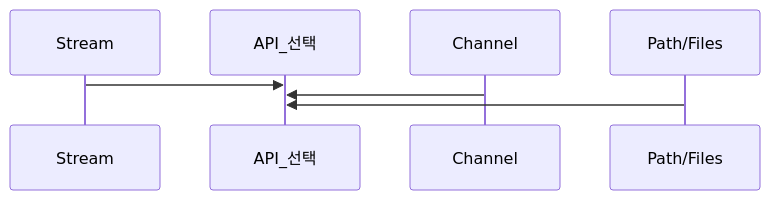
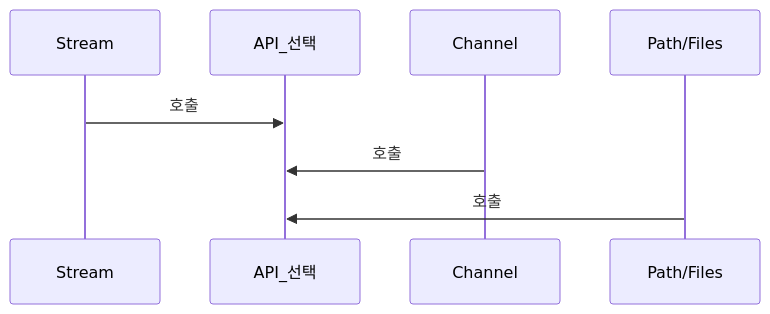
Diagram 11 of 11 in _posts/java/2026-05-01-java-io.md (yjkim2015/yjkim2015.github.io), drawn with Mermaid before and after one commit. The commit also changed other lines of this file and 85 other files, not shown here.

First line of the commit message:
sequenceDiagram 문법 에러 2차 수정 169개 (86파일)

````diff
--- a/_posts/java/2026-05-01-java-io.md
+++ b/_posts/java/2026-05-01-java-io.md
@@ -827,6 +827,6 @@
 ```mermaid
 sequenceDiagram
-    Stream->>API_선택:
-    Channel->>API_선택:
-    Path/Files->>API_선택:
+    Stream->>API_선택: 호출
+    Channel->>API_선택: 호출
+    Path/Files->>API_선택: 호출
 ```
````
